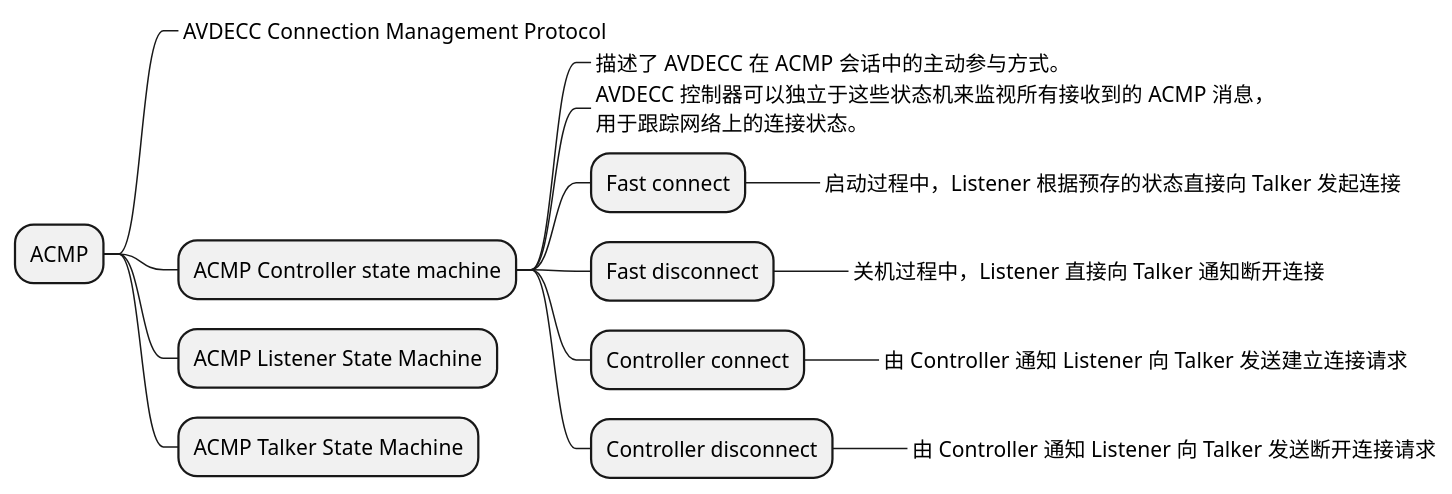
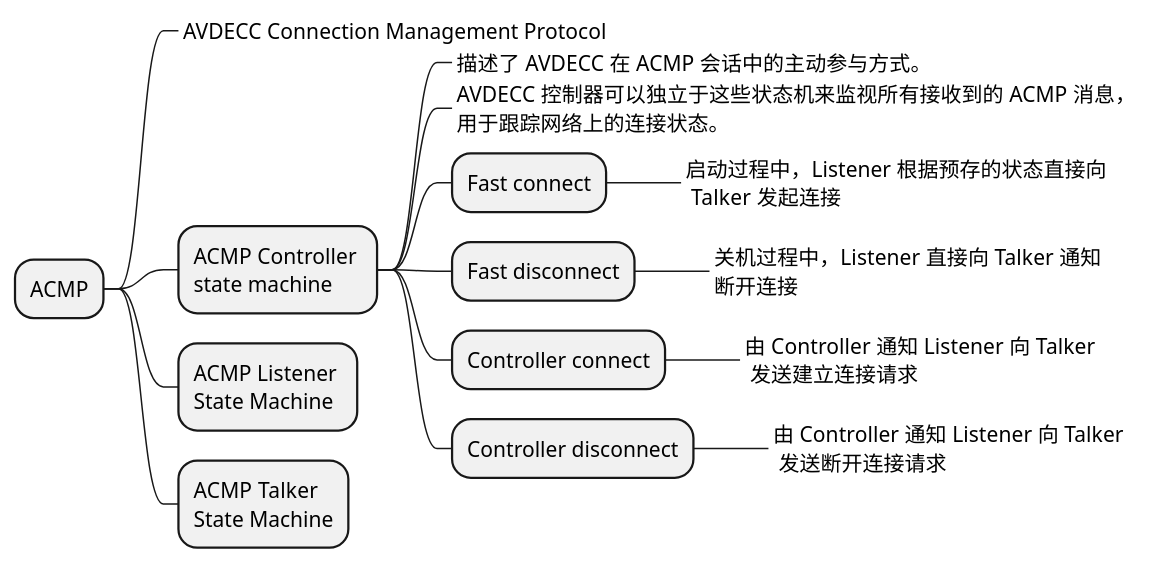
The third of 5 diagrams in _posts/2023-12-26-avdecc.md (zeerd/zeerd.github.io), drawn with PlantUML before and after one commit. The commit also changed other lines of this file and 5 other files, not shown here.

````diff
--- a/_posts/2023-12-26-avdecc.md
+++ b/_posts/2023-12-26-avdecc.md
@@ -89,26 +89,26 @@
 ```plantuml
 @startmindmap
     <style>
     mindmapDiagram {
         .op * {
          LineStyle 4
         }
     }
     </style>
     * ACMP
     **_ AVDECC Connection Management Protocol
-    ** ACMP Controller state machine
+    ** ACMP Controller \nstate machine
     ***_ 描述了 AVDECC 在 ACMP 会话中的主动参与方式。
     ***_ AVDECC 控制器可以独立于这些状态机来监视所有接收到的 ACMP 消息，\n用于跟踪网络上的连接状态。
     *** Fast connect
-    ****_ 启动过程中，Listener 根据预存的状态直接向 Talker 发起连接
+    ****_ 启动过程中，Listener 根据预存的状态直接向\n Talker 发起连接
     *** Fast disconnect
-    ****_ 关机过程中，Listener 直接向 Talker 通知断开连接
+    ****_ 关机过程中，Listener 直接向 Talker 通知\n断开连接
     *** Controller connect
-    ****_ 由 Controller 通知 Listener 向 Talker 发送建立连接请求
+    ****_ 由 Controller 通知 Listener 向 Talker\n 发送建立连接请求
     *** Controller disconnect
-    ****_ 由 Controller 通知 Listener 向 Talker 发送断开连接请求
-    ** ACMP Listener State Machine
-    ** ACMP Talker State Machine
+    ****_ 由 Controller 通知 Listener 向 Talker\n 发送断开连接请求
+    ** ACMP Listener \nState Machine
+    ** ACMP Talker \nState Machine
 @endmindmap
 ```
````
